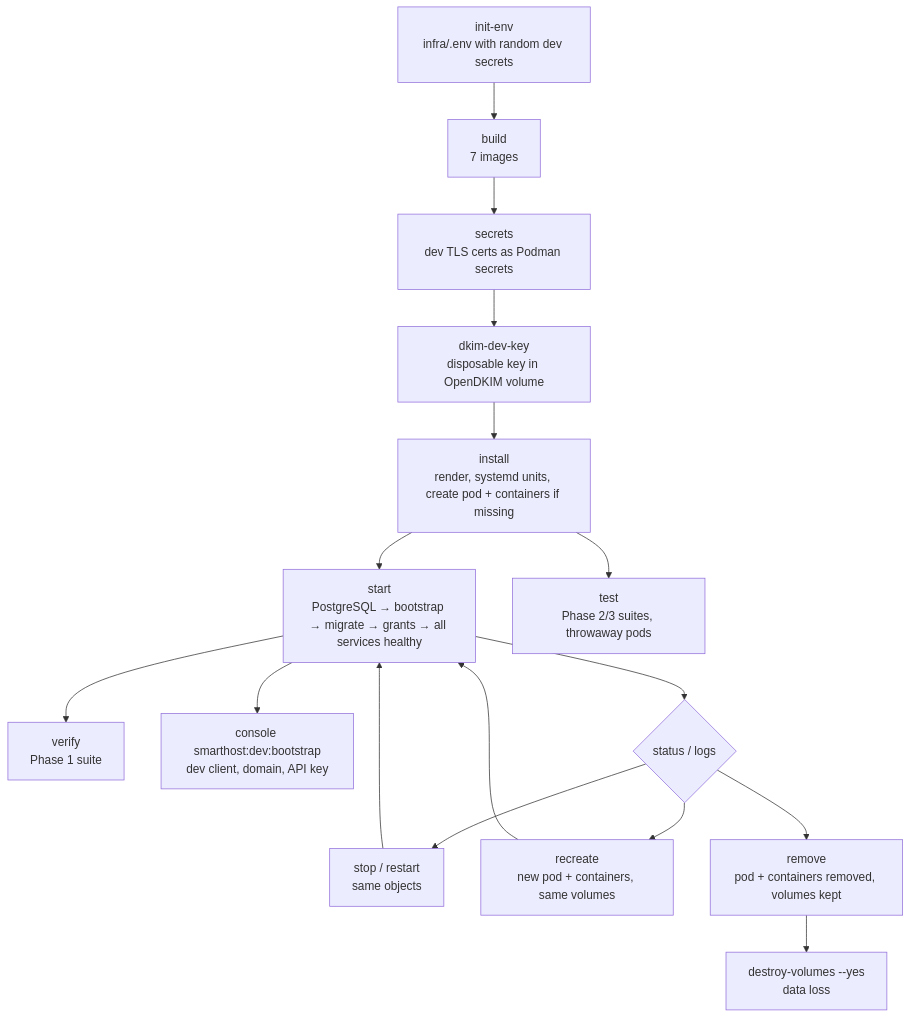
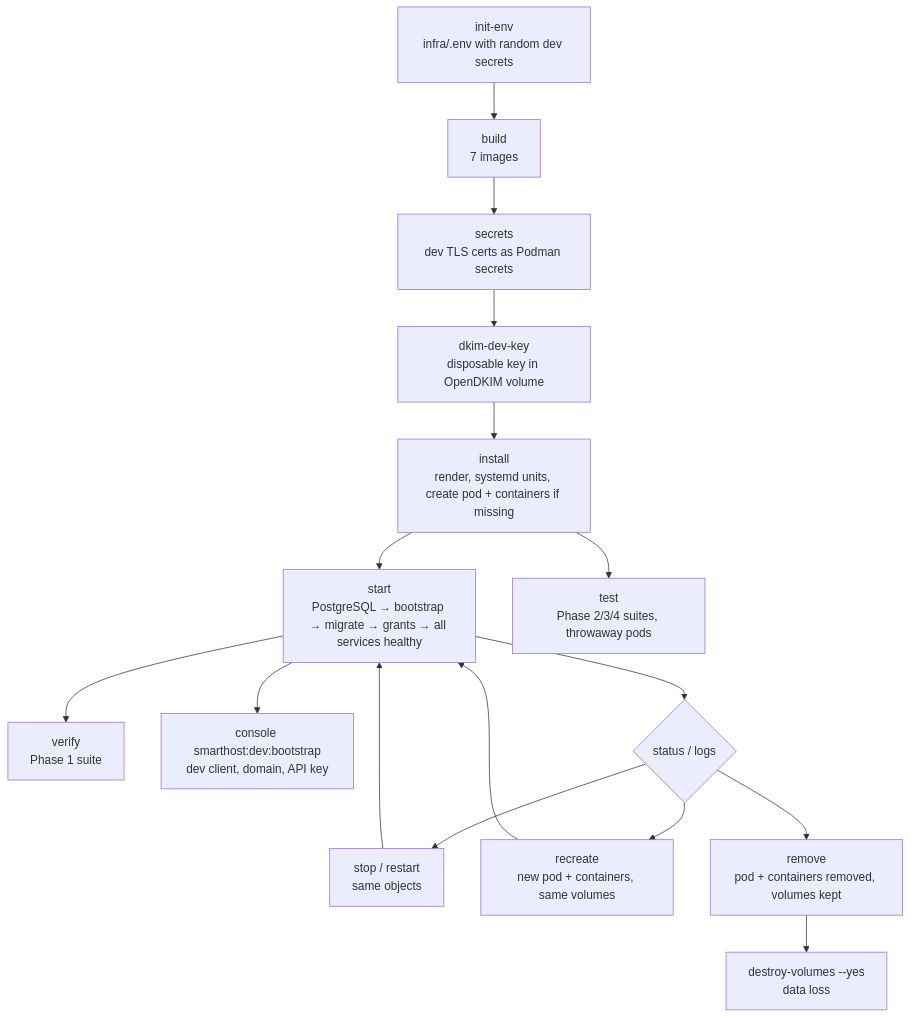
One commit to rrcatto/catto-mail changed the diagram in docs/development-environment.md. Above: the diagram before and after it, drawn with Mermaid. The commit also changed other lines of this file and 14 other files, not shown here.

````diff
--- a/docs/development-environment.md
+++ b/docs/development-environment.md
@@ -76,18 +116,18 @@
 ```mermaid
 flowchart TD
     A[init-env<br/>infra/.env with random dev secrets] --> B[build<br/>7 images]
     B --> C[secrets<br/>dev TLS certs as Podman secrets]
     C --> E[dkim-dev-key<br/>disposable key in OpenDKIM volume]
     E --> D[install<br/>render, systemd units, create pod + containers if missing]
     D --> F[start<br/>PostgreSQL → bootstrap → migrate → grants → all services healthy]
     F --> V[verify<br/>Phase 1 suite]
     F --> K[console smarthost:dev:bootstrap<br/>dev client, domain, API key]
-    D --> T[test<br/>Phase 2/3 suites, throwaway pods]
+    D --> T[test<br/>Phase 2/3/4 suites, throwaway pods]
     F --> G{status / logs}
     G --> H[stop / restart<br/>same objects]
     H --> F
     G --> R[recreate<br/>new pod + containers, same volumes]
     R --> F
     G --> I[remove<br/>pod + containers removed, volumes kept]
     I --> J[destroy-volumes --yes<br/>data loss]
 ```
````
